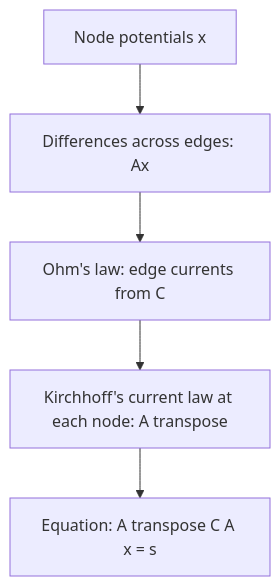
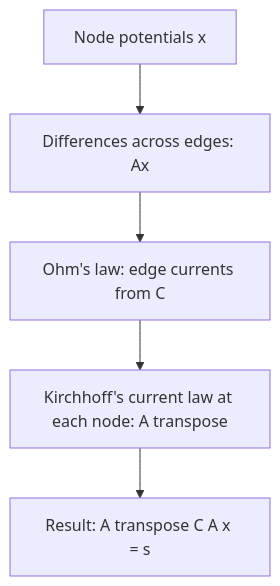
Before and after one commit to Aziliz/erudior: the diagram in content/math/linear-algebra/lessons/90-graphs-networks.md, drawn with Mermaid. The commit also changed 1 other file, not shown here.

Commit message:
Review round 2: linear algebra la-m6 fixes (and reviews in progress)
Claude-Session: https://claude.ai/code/session_01Vha5gaRe2GdnFaiy9xNAq5

````diff
--- a/content/math/linear-algebra/lessons/90-graphs-networks.md
+++ b/content/math/linear-algebra/lessons/90-graphs-networks.md
@@ -163,9 +163,9 @@
 ```mermaid
 flowchart TD
   accTitle: From potentials to currents in a circuit
   accDescr: Start with the node potentials x. Multiplying by the incidence matrix A gives the potential difference across each edge. Ohm's law, using the conductances in C, turns the differences into edge currents. Kirchhoff's current law at each node, which is multiplication by A transpose, matches the edge currents to the outside currents s. Together they give the equation A transpose C A x equals s.
   X["Node potentials x"] --> D["Differences across edges: Ax"]
   D --> Y["Ohm's law: edge currents from C"]
   Y --> K["Kirchhoff's current law at each node: A transpose"]
-  K --> E["Equation: A transpose C A x = s"]
+  K --> E["Result: A transpose C A x = s"]
 ```
````
